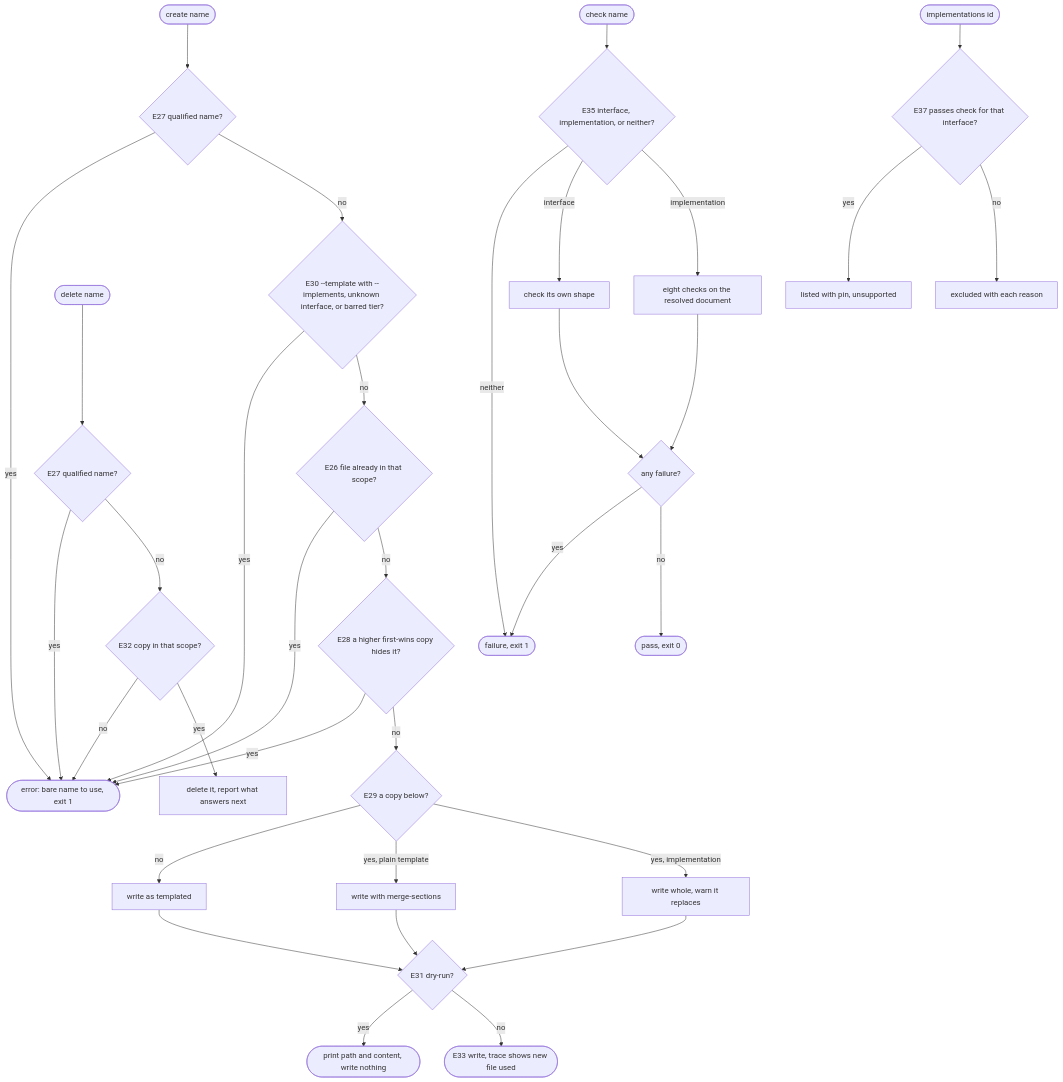
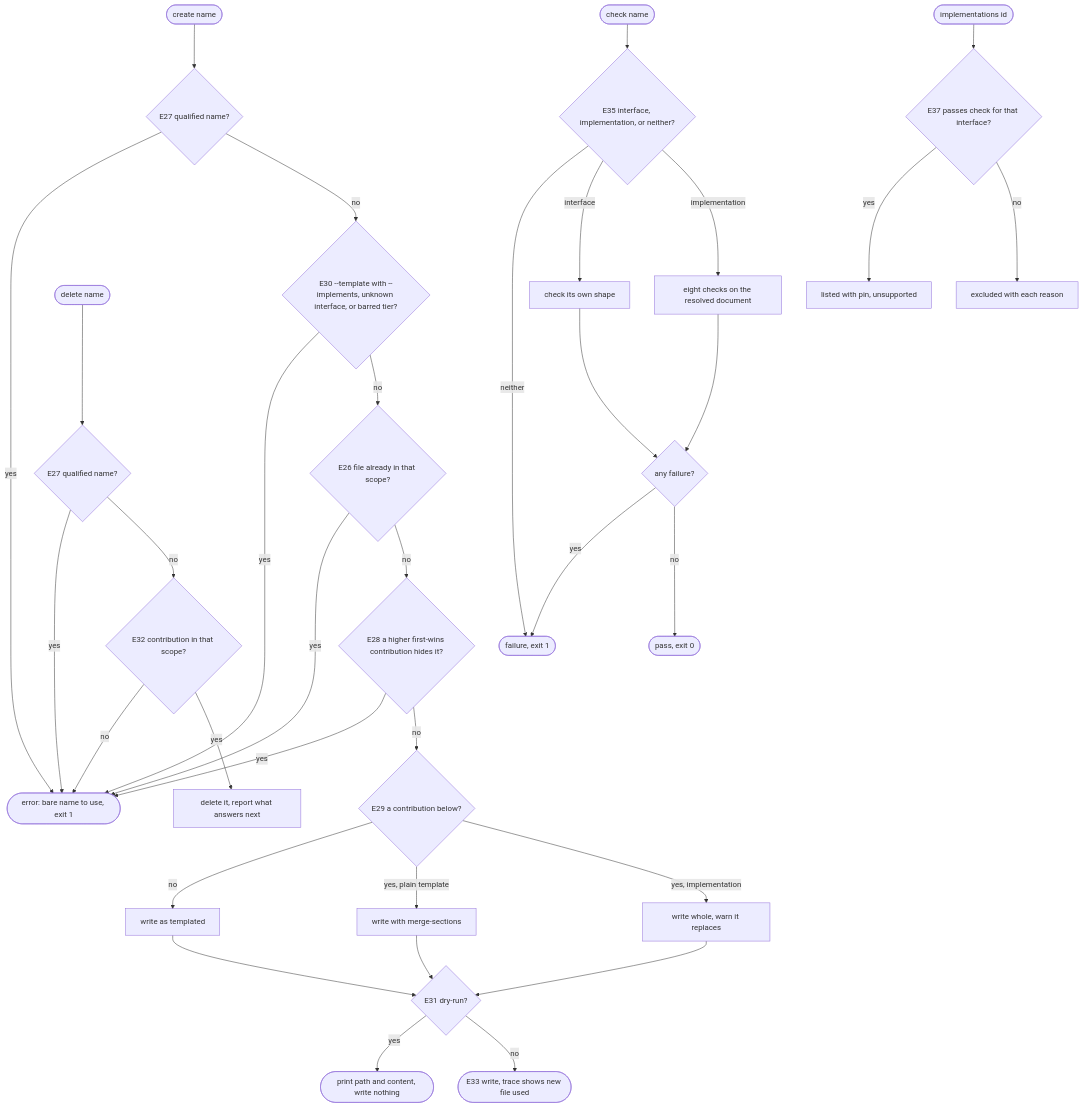
Before and after one commit to cyber-uni/cyber-agentkit: the second of 2 diagrams in packages/agent-kit/.agents/spec/reference/graph.md, drawn with Mermaid. The commit also changed other lines of this file and 1 other file, not shown here.

First line of the commit message:
docs: rename copy to contribution and caller to consumer in the reference spec

````diff
--- a/packages/agent-kit/.agents/spec/reference/graph.md
+++ b/packages/agent-kit/.agents/spec/reference/graph.md
@@ -55,36 +55,36 @@
 ```mermaid
 flowchart TD
   c([create name]) --> q{E27 qualified name?}
   q -->|yes| e1([error: bare name to use, exit 1])
   q -->|no| both{E30 --template with --implements, unknown interface, or barred tier?}
   both -->|yes| e1
   both -->|no| exists{E26 file already in that scope?}
   exists -->|yes| e1
-  exists -->|no| hidden{E28 a higher first-wins copy hides it?}
+  exists -->|no| hidden{E28 a higher first-wins contribution hides it?}
   hidden -->|yes| e1
-  hidden -->|no| below{E29 a copy below?}
+  hidden -->|no| below{E29 a contribution below?}
   below -->|no| w[write as templated]
   below -->|yes, plain template| ms[write with merge-sections]
   below -->|yes, implementation| whole[write whole, warn it replaces]
   w --> dry{E31 dry-run?}
   ms --> dry
   whole --> dry
   dry -->|yes| print([print path and content, write nothing])
   dry -->|no| wrote([E33 write, trace shows new file used])
   d([delete name]) --> dq{E27 qualified name?}
   dq -->|yes| e1
-  dq -->|no| has{E32 copy in that scope?}
+  dq -->|no| has{E32 contribution in that scope?}
   has -->|no| e1
   has -->|yes| rm[delete it, report what answers next]
   k([check name]) --> kind{E35 interface, implementation, or neither?}
   kind -->|neither| kf([failure, exit 1])
   kind -->|interface| shape[check its own shape]
   kind -->|implementation| eight[eight checks on the resolved document]
   shape --> kout{any failure?}
   eight --> kout
   kout -->|yes| kf
   kout -->|no| kp([pass, exit 0])
   i([implementations id]) --> pass{E37 passes check for that interface?}
   pass -->|yes| listed[listed with pin, unsupported]
   pass -->|no| excl[excluded with each reason]
 ```
````
